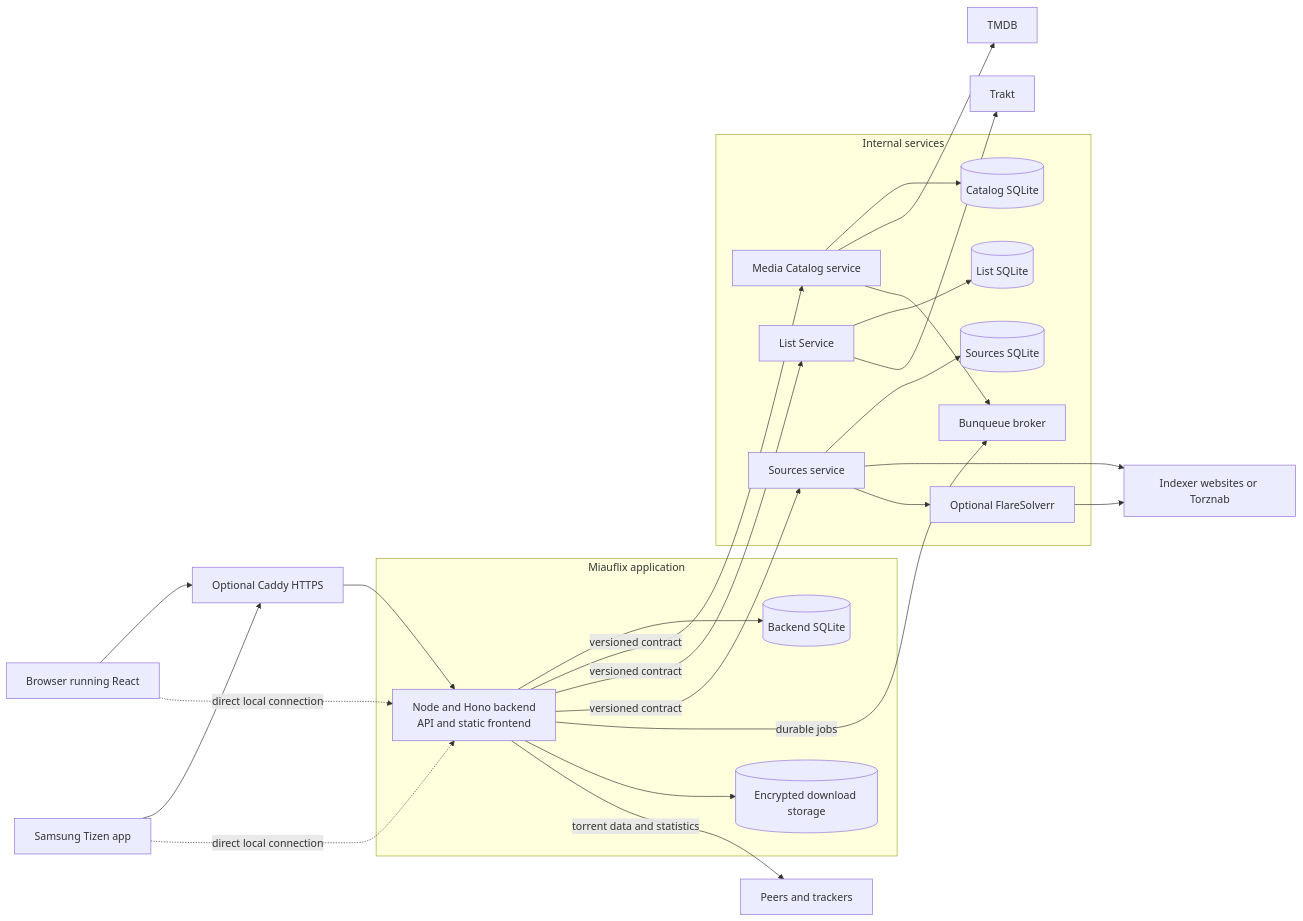
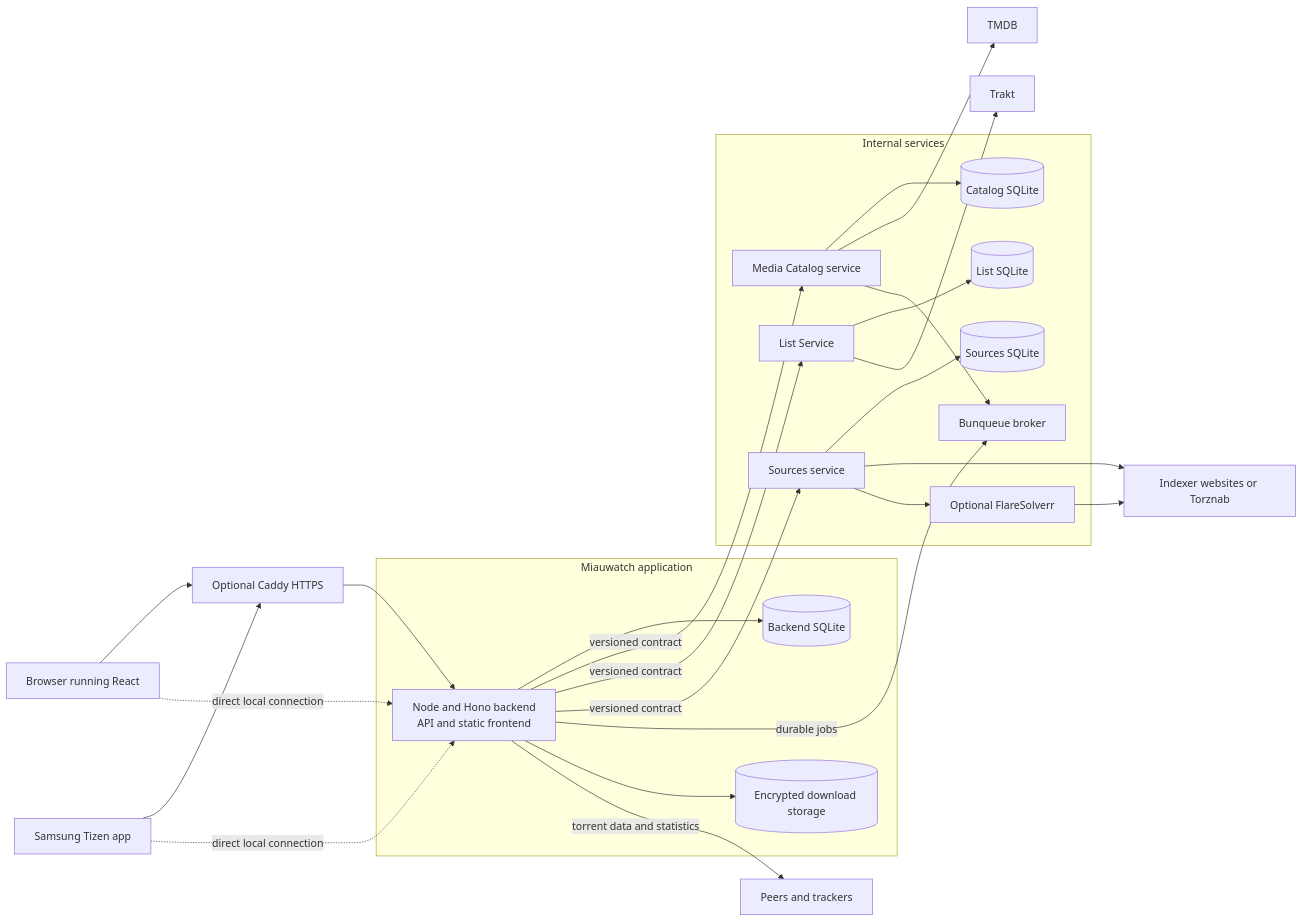
Before and after one commit to maury91/miauflix: the first of 7 diagrams in docs/architecture/diagrams.md, drawn with Mermaid. The commit also changed other lines of this file and 216 other files, not shown here.

````diff
--- a/docs/architecture/diagrams.md
+++ b/docs/architecture/diagrams.md
@@ -9,45 +9,45 @@
 ```mermaid
 flowchart LR
   Browser[Browser running React]
   TV[Samsung Tizen app]
   Edge[Optional Caddy HTTPS]
 
-  subgraph Core[Miauflix application]
+  subgraph Core[Miauwatch application]
     Backend[Node and Hono backend<br/>API and static frontend]
     BackendDB[(Backend SQLite)]
     Downloads[(Encrypted download storage)]
   end
 
   subgraph Internal[Internal services]
     Catalog[Media Catalog service]
     CatalogDB[(Catalog SQLite)]
     Lists[List Service]
     ListDB[(List SQLite)]
     Sources[Sources service]
     SourceDB[(Sources SQLite)]
     Queue[Bunqueue broker]
     Solver[Optional FlareSolverr]
   end
 
   Browser --> Edge
   TV --> Edge
   Edge --> Backend
   Browser -. direct local connection .-> Backend
   TV -. direct local connection .-> Backend
   Backend --> BackendDB
   Backend -->|versioned contract| Catalog
   Backend -->|versioned contract| Lists
   Backend -->|versioned contract| Sources
   Backend -->|durable jobs| Queue
   Backend --> Downloads
   Backend -->|torrent data and statistics| Peers[Peers and trackers]
   Catalog --> CatalogDB
   Catalog --> TMDB[TMDB]
   Catalog --> Queue
   Lists --> ListDB
   Lists --> Trakt[Trakt]
   Sources --> SourceDB
   Sources --> Indexers[Indexer websites or Torznab]
   Sources --> Solver
   Solver --> Indexers
 ```
````
